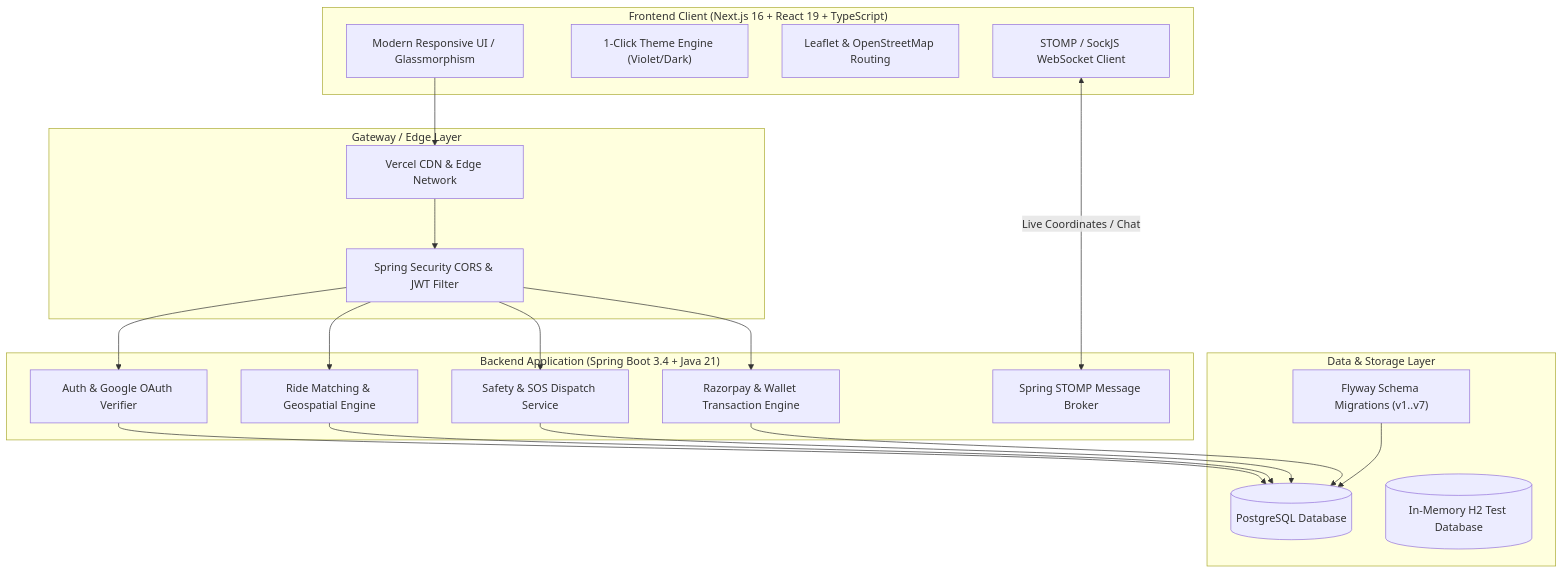
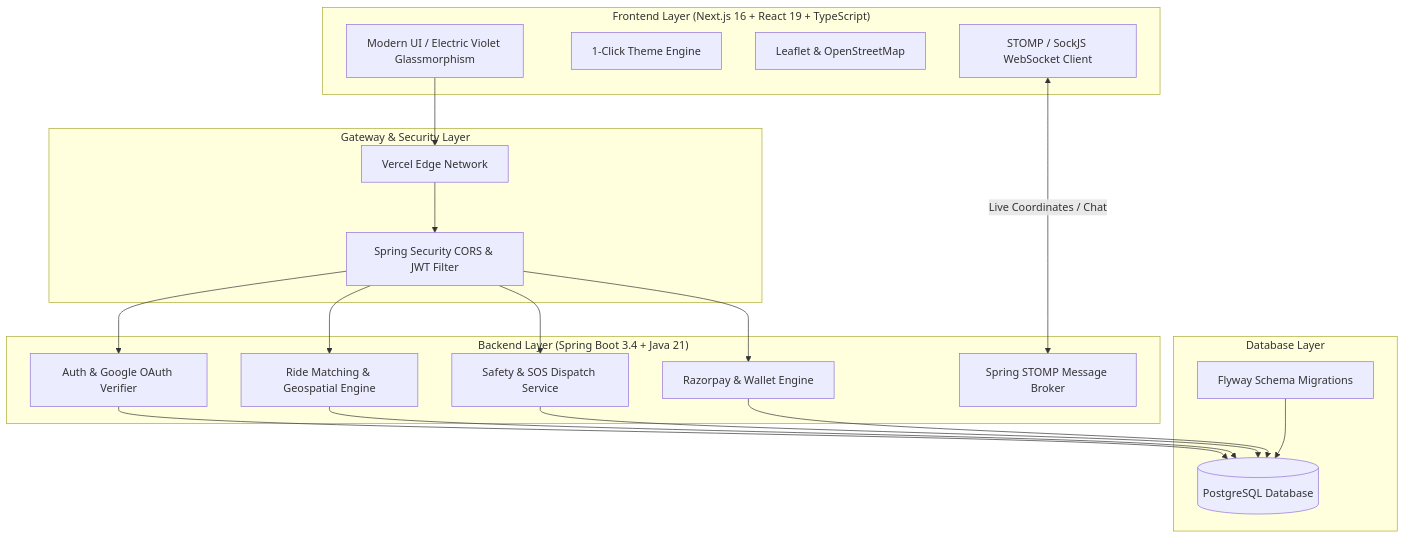
One commit to ananyajain327/Commuto changed the diagram in README.md. Above: the diagram before and after it, drawn with Mermaid. The commit also changed other lines of this file, not shown here.

````diff
--- a/README.md
+++ b/README.md
@@ -49,42 +64,41 @@
 ```mermaid
 flowchart TD
-    subgraph Client["Frontend Client (Next.js 16 + React 19 + TypeScript)"]
-        UI["Modern Responsive UI / Glassmorphism"]
-        Theme["1-Click Theme Engine (Violet/Dark)"]
-        Map["Leaflet & OpenStreetMap Routing"]
+    subgraph Client["Frontend Layer (Next.js 16 + React 19 + TypeScript)"]
+        UI["Modern UI / Electric Violet Glassmorphism"]
+        Theme["1-Click Theme Engine"]
+        Map["Leaflet & OpenStreetMap"]
         WSClient["STOMP / SockJS WebSocket Client"]
     end
 
-    subgraph Edge["Gateway / Edge Layer"]
-        Vercel["Vercel CDN & Edge Network"]
+    subgraph Edge["Gateway & Security Layer"]
+        Vercel["Vercel Edge Network"]
         CORS["Spring Security CORS & JWT Filter"]
     end
 
-    subgraph Backend["Backend Application (Spring Boot 3.4 + Java 21)"]
+    subgraph Backend["Backend Layer (Spring Boot 3.4 + Java 21)"]
         AuthSvc["Auth & Google OAuth Verifier"]
         RideSvc["Ride Matching & Geospatial Engine"]
         SafetySvc["Safety & SOS Dispatch Service"]
-        PaymentSvc["Razorpay & Wallet Transaction Engine"]
+        PaymentSvc["Razorpay & Wallet Engine"]
         WSServer["Spring STOMP Message Broker"]
     end
 
-    subgraph Persistence["Data & Storage Layer"]
+    subgraph Persistence["Database Layer"]
         PG[(PostgreSQL Database)]
-        Flyway["Flyway Schema Migrations (v1..v7)"]
-        H2[(In-Memory H2 Test Database)]
+        Flyway["Flyway Schema Migrations"]
     end
 
     UI --> Vercel
     Vercel --> CORS
     CORS --> AuthSvc
     CORS --> RideSvc
     CORS --> SafetySvc
     CORS --> PaymentSvc
     WSClient <-->|Live Coordinates / Chat| WSServer
     
     AuthSvc --> PG
     RideSvc --> PG
     SafetySvc --> PG
     PaymentSvc --> PG
     Flyway --> PG
 ```
````
